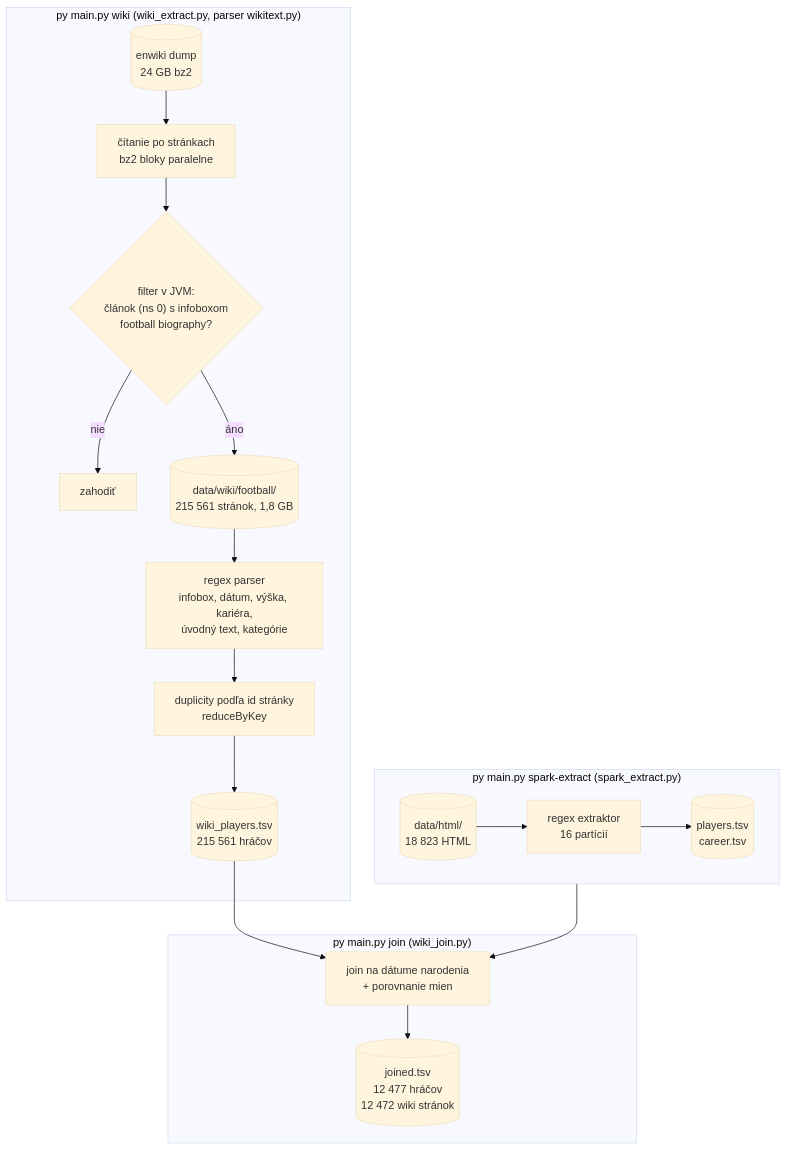
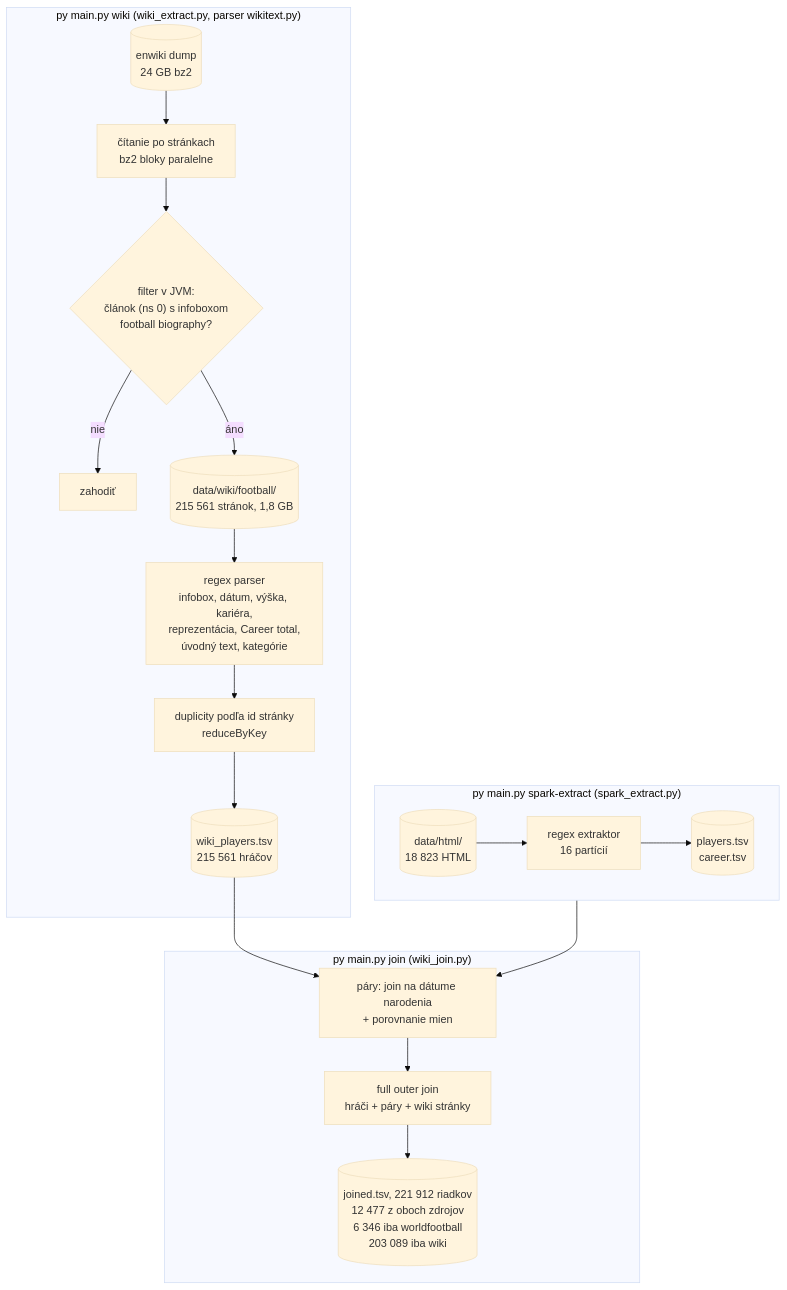
One commit to MarekPenzes/VINF_Crawler changed the third of 4 diagrams in diagram.md. Above: the diagram before and after it, drawn with Mermaid (base theme). The commit also changed other lines of this file and 14 other files, not shown here.

Commit message:
Full outer join, statistiky z wiki

````diff
--- a/diagram.md
+++ b/diagram.md
@@ -62,23 +62,24 @@
 ```mermaid
 flowchart TD
     subgraph EX["py main.py spark-extract (spark_extract.py)"]
         direction LR
         HTML[("data/html/<br/>18 823 HTML")] --> EXT["regex extraktor<br/>16 partícií"] --> PT[("players.tsv<br/>career.tsv")]
     end
 
     subgraph WK["py main.py wiki (wiki_extract.py, parser wikitext.py)"]
         DUMP[("enwiki dump<br/>24 GB bz2")] --> READ["čítanie po stránkach<br/>bz2 bloky paralelne"]
         READ --> JVM{"filter v JVM:<br/>článok (ns 0) s infoboxom<br/>football biography?"}
         JVM -- "nie" --> DROP["zahodiť"]
         JVM -- "áno" --> PARTS[("data/wiki/football/<br/>215 561 stránok, 1,8 GB")]
-        PARTS --> PARSE["regex parser<br/>infobox, dátum, výška, kariéra,<br/>úvodný text, kategórie"]
+        PARTS --> PARSE["regex parser<br/>infobox, dátum, výška, kariéra,<br/>reprezentácia, Career total,<br/>úvodný text, kategórie"]
         PARSE --> DEDUP["duplicity podľa id stránky<br/>reduceByKey"] --> WT[("wiki_players.tsv<br/>215 561 hráčov")]
     end
 
     subgraph JN["py main.py join (wiki_join.py)"]
-        JOIN["join na dátume narodenia<br/>+ porovnanie mien"] --> JT[("joined.tsv<br/>12 477 hráčov<br/>12 472 wiki stránok")]
+        JOIN["páry: join na dátume narodenia<br/>+ porovnanie mien"] --> FULL["full outer join<br/>hráči + páry + wiki stránky"]
+        FULL --> JT[("joined.tsv, 221 912 riadkov<br/>12 477 z oboch zdrojov<br/>6 346 iba worldfootball<br/>203 089 iba wiki")]
     end
 
     PT --> JOIN
     WT --> JOIN
 ```
````
